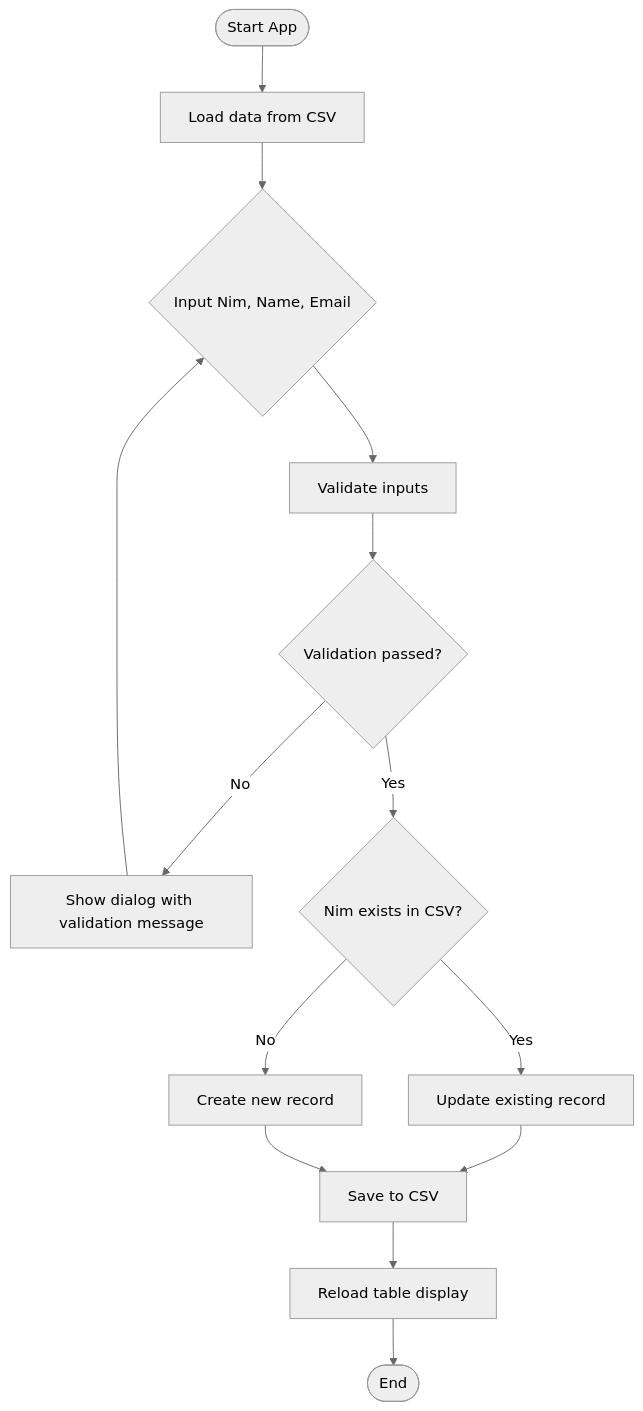
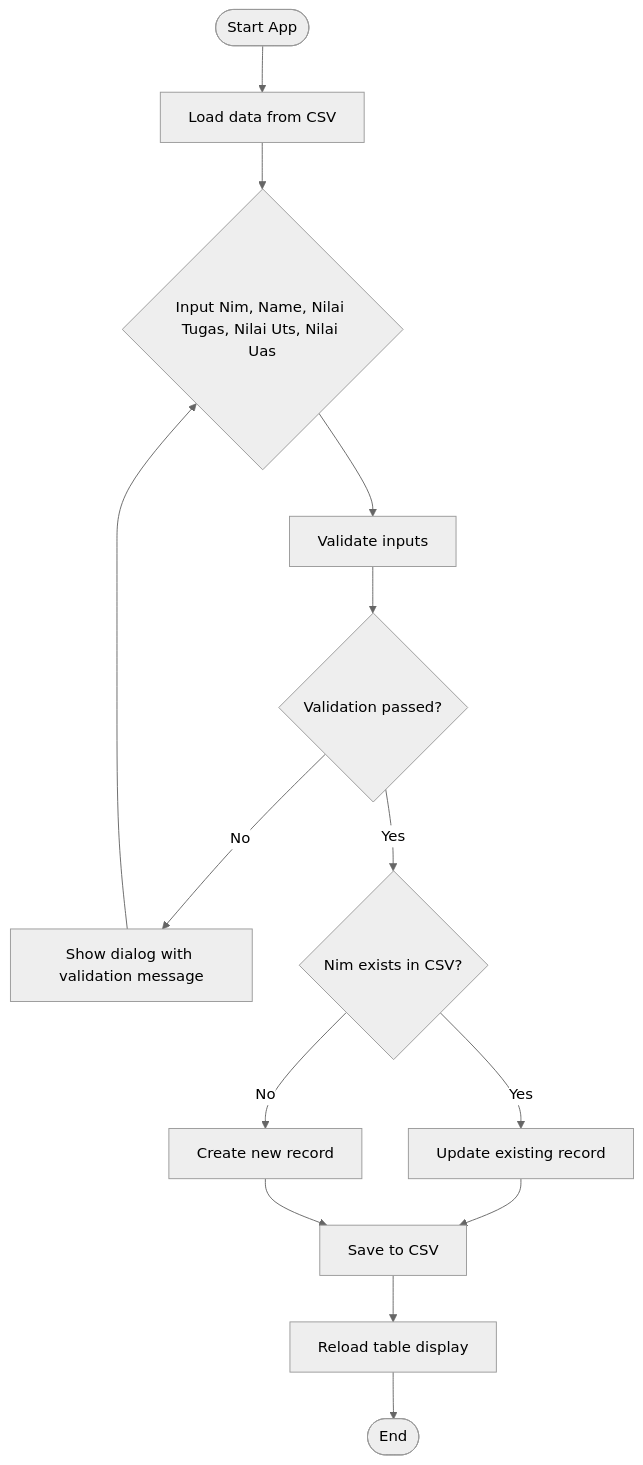
The diagram in README.md (RifkySM/MidtermAlgo2), drawn with Mermaid (neutral theme) before and after one commit. The commit also changed other lines of this file and 2 other files, not shown here.

Commit message:
add binary search on nim (only)

````diff
--- a/README.md
+++ b/README.md
@@ -69,16 +72,16 @@
 ```mermaid
 flowchart TD
     A([Start App]) --> B[Load data from CSV]
-    B --> C{Input Nim, Name, Email}
+    B --> C{Input Nim, Name, Nilai Tugas, Nilai Uts, Nilai Uas}
     C --> D[Validate inputs]
     D --> E{Validation passed?}
     E -- No --> F[Show dialog with validation message]
     F --> C
     E -- Yes --> G{Nim exists in CSV?}
     G -- Yes --> H[Update existing record]
     G -- No --> I[Create new record]
     H --> J[Save to CSV]
     I --> J
     J --> K[Reload table display]
     K --> L([End])
 ```
````
